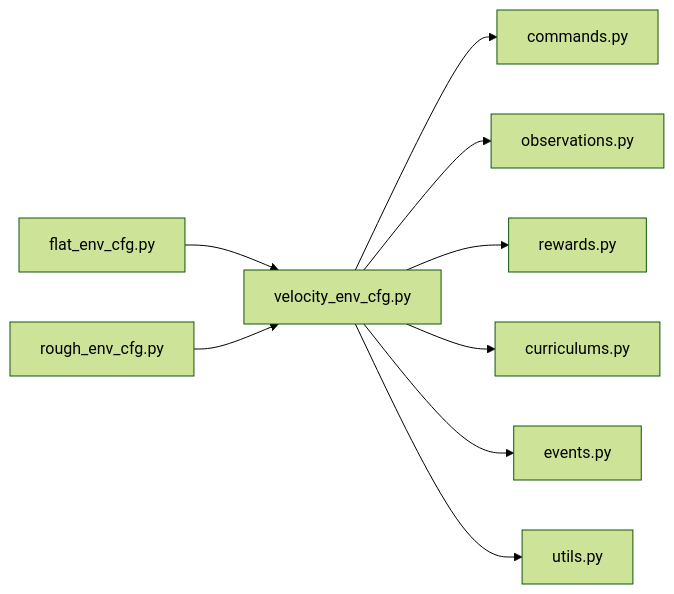
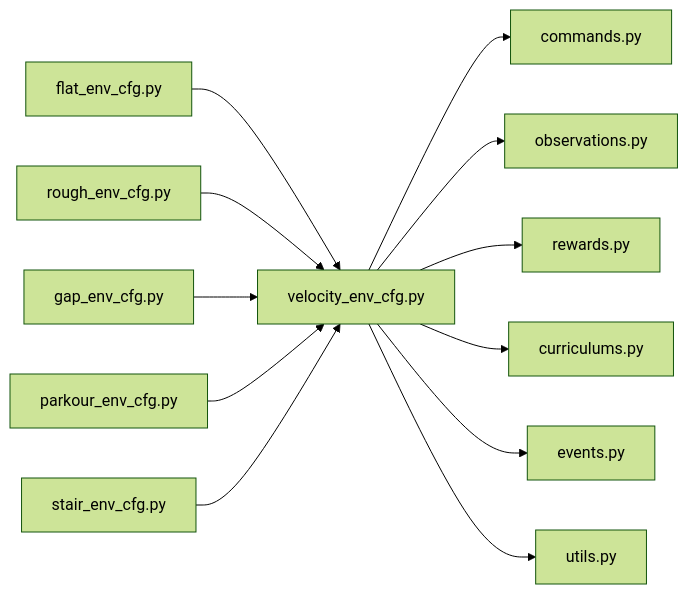
One commit to jayjayhust/robot_lab changed the ninth of 9 diagrams in .qoder/repowiki/en/content/Task Configuration Framework/Velocity-Based Locomotion Tasks/Velocity-Based Locomotion Tasks.md. Above: the diagram before and after it, drawn with Mermaid (forest theme). The commit also changed other lines of this file and 9 other files, not shown here.

````diff
--- a/.qoder/repowiki/en/content/Task Configuration Framework/Velocity-Based Locomotion Tasks/Velocity-Based Locomotion Tasks.md
+++ b/.qoder/repowiki/en/content/Task Configuration Framework/Velocity-Based Locomotion Tasks/Velocity-Based Locomotion Tasks.md
@@ -413,11 +517,14 @@
 ```mermaid
 graph LR
 Base["velocity_env_cfg.py"] --> Cmd["commands.py"]
 Base --> Obs["observations.py"]
 Base --> Rew["rewards.py"]
 Base --> Cur["curriculums.py"]
 Base --> Ev["events.py"]
 Base --> Util["utils.py"]
 Flat["flat_env_cfg.py"] --> Base
 Rough["rough_env_cfg.py"] --> Base
+Gap["gap_env_cfg.py"] --> Base
+Parkour["parkour_env_cfg.py"] --> Base
+Stair["stair_env_cfg.py"] --> Base
 ```
````
